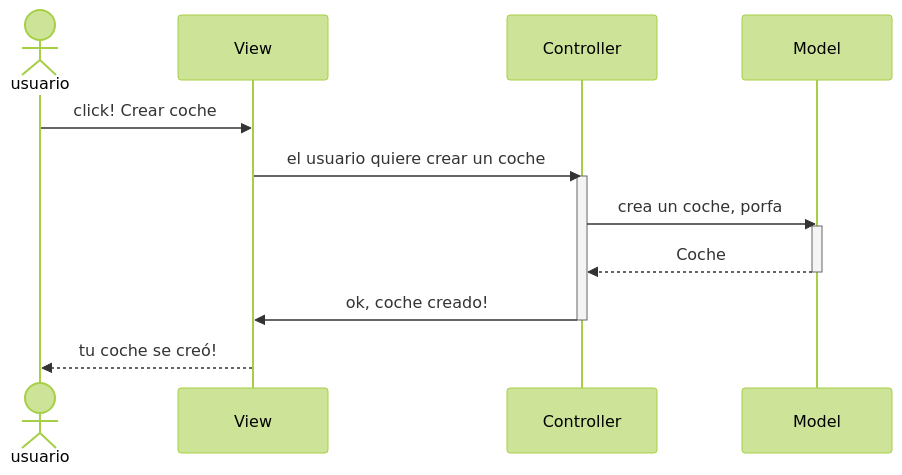
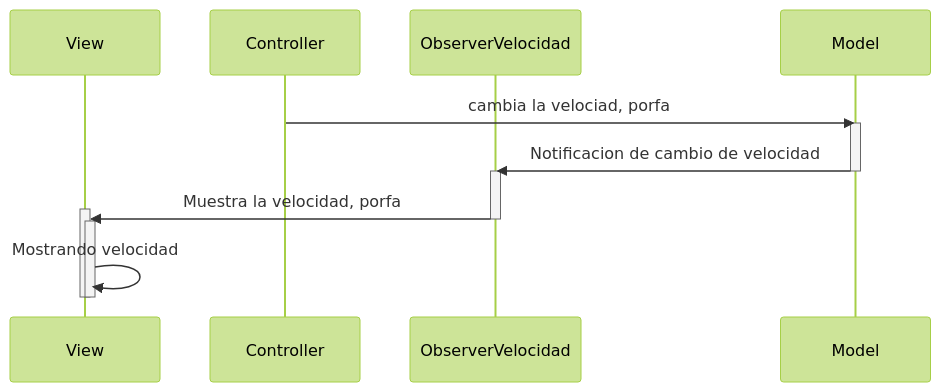
One commit to NicolasRodriguezSteuerberg/MVC_coches changed the second of 4 diagrams in Readme.md. Above: the diagram before and after it, drawn with Mermaid (forest theme). The commit also changed other lines of this file, not shown here.

````diff
--- a/Readme.md
+++ b/Readme.md
@@ -51,18 +54,18 @@
 ```mermaid
 sequenceDiagram
-    actor usuario
     participant View
     participant Controller
+    participant ObserverVelocidad
     participant Model
     
-    usuario->>View: click! Crear coche
-    View->>Controller: el usuario quiere crear un coche
-    activate Controller
-    Controller->>Model: crea un coche, porfa
+    Controller->>Model: cambia la velociad, porfa
     activate Model
-    Model-->>Controller: Coche
+    Model->>ObserverVelocidad: Notificacion de cambio de velocidad
     deactivate Model
-    Controller->>View: ok, coche creado!
-    deactivate Controller
-    View-->>usuario: tu coche se creó!
+    activate ObserverVelocidad
+    ObserverVelocidad->>+View: Muestra la velocidad, porfa
+    deactivate ObserverVelocidad
+    activate View
+    View->>-View: Mostrando velocidad
+    deactivate View
 ```
````
